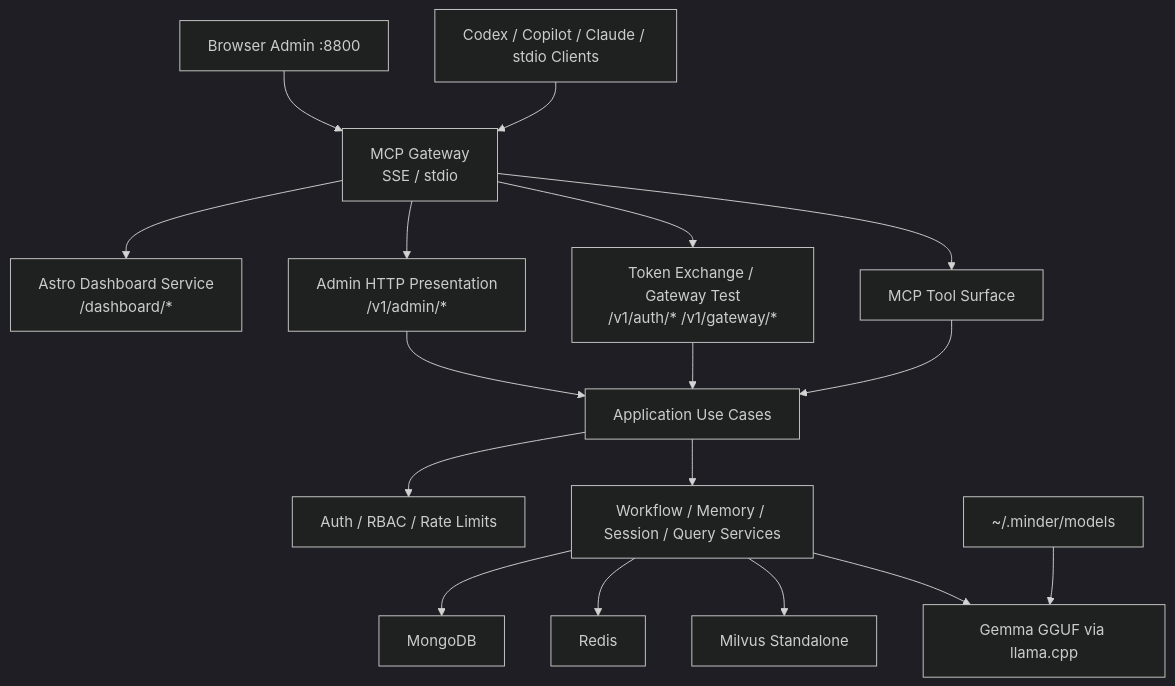
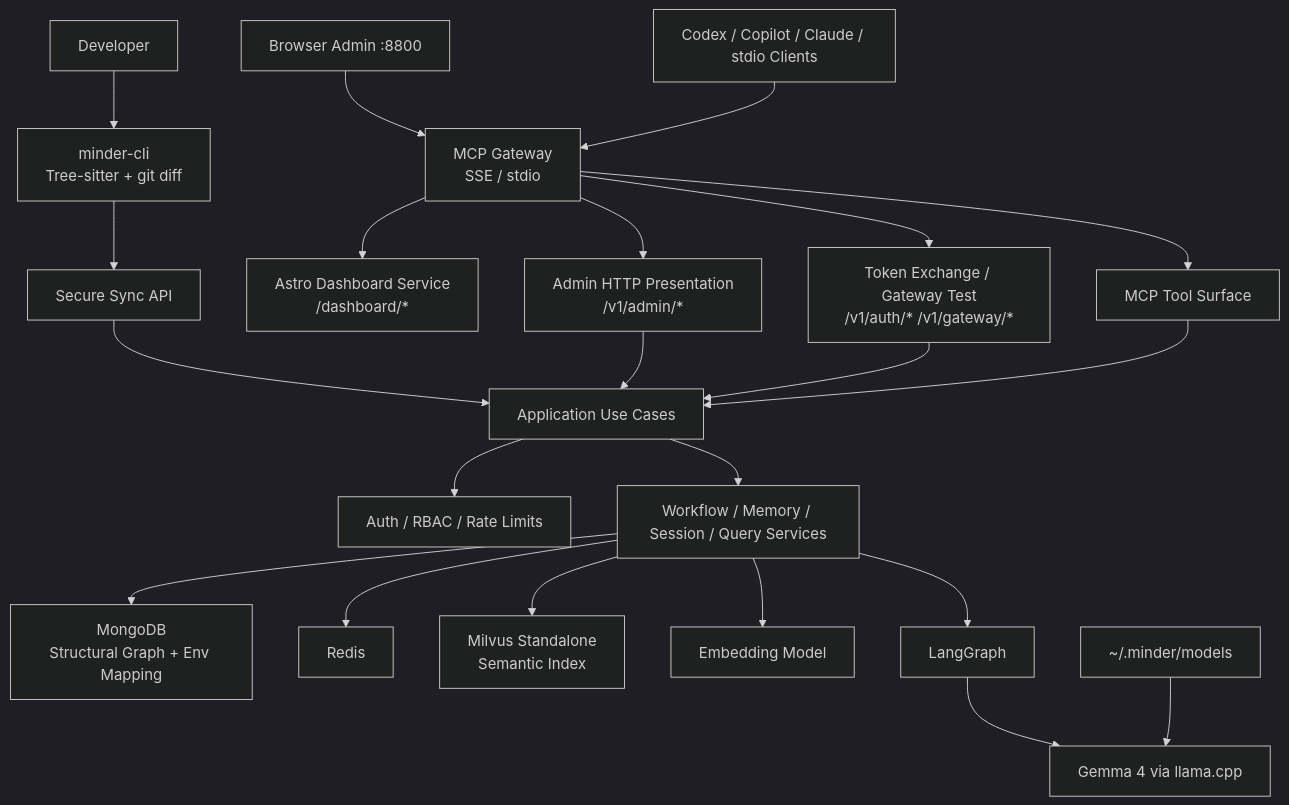
The first of 9 diagrams in docs/system-design.md (hiimtrung/minder), drawn with Mermaid (dark theme) before and after one commit. The commit also changed other lines of this file and 36 other files, not shown here.

````diff
--- a/docs/system-design.md
+++ b/docs/system-design.md
@@ -29,23 +31,28 @@
 ```mermaid
 flowchart TB
+  Dev["Developer"] --> CLI["minder-cli<br/>Tree-sitter + git diff"]
+  CLI --> Sync["Secure Sync API"]
+
   Browser["Browser Admin :8800"] --> Gateway["Gateway Proxy"]
-    MCP["Codex / Copilot / Claude / stdio Clients"] --> Gateway["MCP Gateway<br/>SSE / stdio"]
+  MCP["Codex / Copilot / Claude / stdio Clients"] --> Gateway["MCP Gateway<br/>SSE / stdio"]
 
   Gateway --> Dashboard["Astro Dashboard Service<br/>/dashboard/*"]
   Gateway --> AdminHTTP["Admin HTTP Presentation<br/>/v1/admin/*"]
   Gateway --> TokenHTTP["Token Exchange / Gateway Test<br/>/v1/auth/* /v1/gateway/*"]
-    Gateway --> ToolSurface["MCP Tool Surface"]
+  Gateway --> ToolSurface["MCP Tool Surface"]
+  Sync --> UseCases["Application Use Cases"]
+  AdminHTTP --> UseCases
+  TokenHTTP --> UseCases
+  ToolSurface --> UseCases
 
-    AdminHTTP --> UseCases["Application Use Cases"]
-    TokenHTTP --> UseCases
-    ToolSurface --> UseCases
+  UseCases --> Auth["Auth / RBAC / Rate Limits"]
+  UseCases --> Workflow["Workflow / Memory / Session / Query Services"]
 
-    UseCases --> Auth["Auth / RBAC / Rate Limits"]
-    UseCases --> Workflow["Workflow / Memory / Session / Query Services"]
-
-    Workflow --> Mongo["MongoDB"]
-    Workflow --> Redis["Redis"]
-    Workflow --> Milvus["Milvus Standalone"]
-    Workflow --> LLM["Gemma GGUF via llama.cpp"]
-    Models["~/.minder/models"] --> LLM
+  Workflow --> Mongo["MongoDB\nStructural Graph + Env Mapping"]
+  Workflow --> Redis["Redis"]
+  Workflow --> Milvus["Milvus Standalone\nSemantic Index"]
+  Workflow --> Embedder["Embedding Model"]
+  Workflow --> Orchestrator["LangGraph"]
+  Orchestrator --> LLM["Gemma 4 via llama.cpp"]
+  Models["~/.minder/models"] --> LLM
 ```
````
